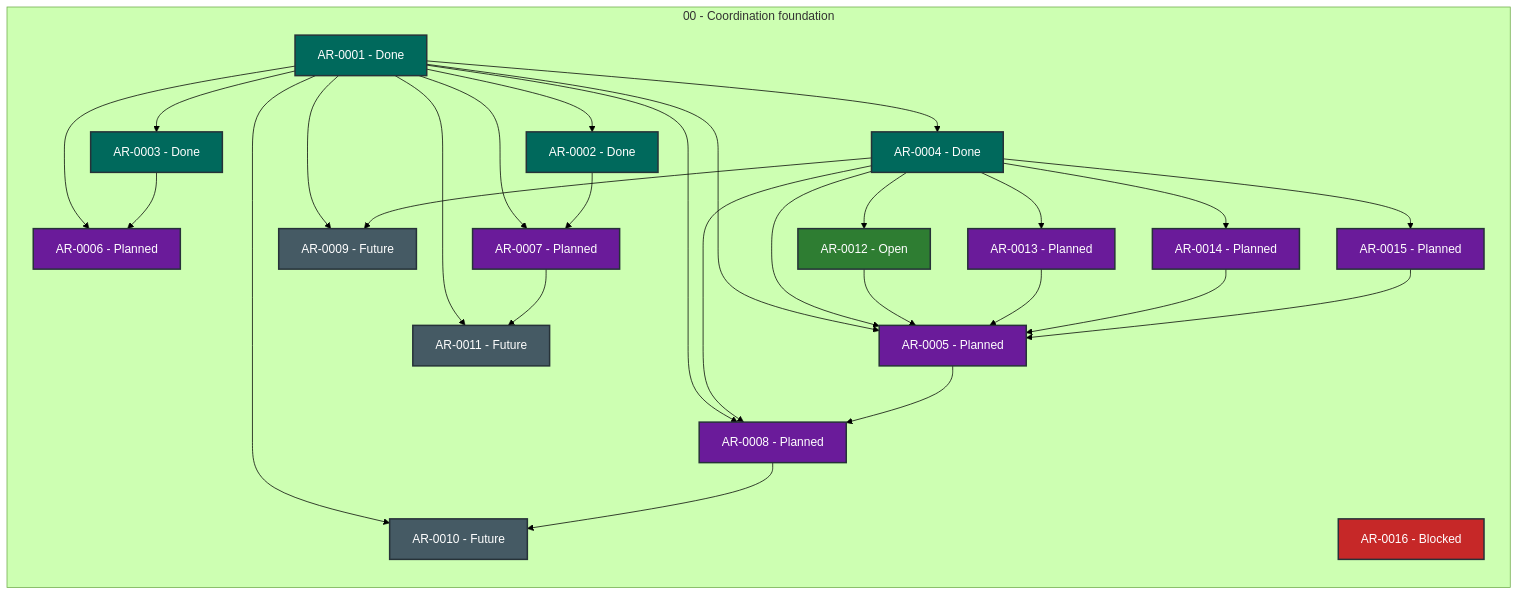
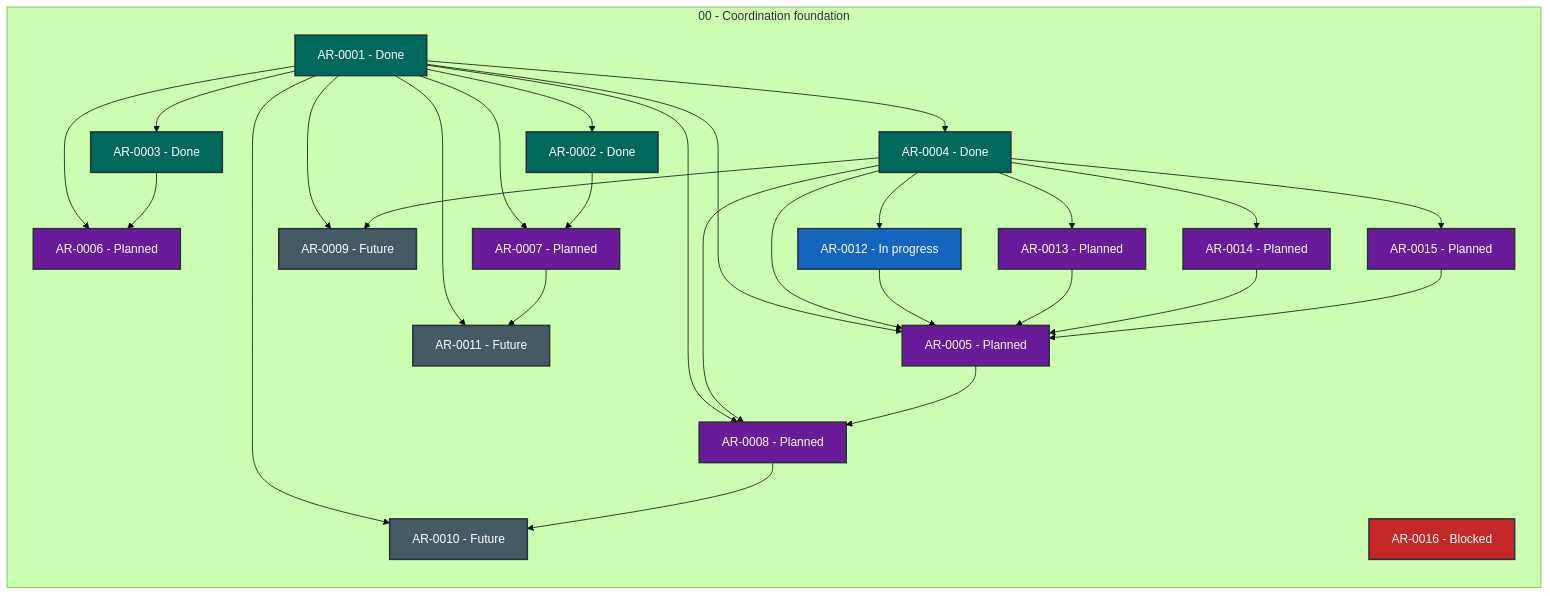
The diagram in STATUS.md (martin-beck/agent-workflow-quality-state), drawn with Mermaid (forest theme) before and after one commit. The commit also changed other lines of this file and 2 other files, not shown here.

````diff
--- a/STATUS.md
+++ b/STATUS.md
@@ -27,56 +27,56 @@
 ```mermaid
 flowchart LR
     subgraph series_00["00 - Coordination foundation"]
         direction TB
         AR_0001["AR-0001 - Done"]:::status_done
         AR_0002["AR-0002 - Done"]:::status_done
         AR_0003["AR-0003 - Done"]:::status_done
         AR_0004["AR-0004 - Done"]:::status_done
         AR_0005["AR-0005 - Planned"]:::status_planned
         AR_0006["AR-0006 - Planned"]:::status_planned
         AR_0007["AR-0007 - Planned"]:::status_planned
         AR_0008["AR-0008 - Planned"]:::status_planned
         AR_0009["AR-0009 - Future"]:::status_future
         AR_0010["AR-0010 - Future"]:::status_future
         AR_0011["AR-0011 - Future"]:::status_future
-        AR_0012["AR-0012 - Open"]:::status_open
+        AR_0012["AR-0012 - In progress"]:::status_in_progress
         AR_0013["AR-0013 - Planned"]:::status_planned
         AR_0014["AR-0014 - Planned"]:::status_planned
         AR_0015["AR-0015 - Planned"]:::status_planned
         AR_0016["AR-0016 - Blocked"]:::status_blocked
     end
     AR_0001 --> AR_0002
     AR_0001 --> AR_0003
     AR_0001 --> AR_0004
     AR_0001 --> AR_0005
     AR_0001 --> AR_0006
     AR_0001 --> AR_0007
     AR_0001 --> AR_0008
     AR_0001 --> AR_0009
     AR_0001 --> AR_0010
     AR_0001 --> AR_0011
     AR_0002 --> AR_0007
     AR_0003 --> AR_0006
     AR_0004 --> AR_0005
     AR_0004 --> AR_0008
     AR_0004 --> AR_0009
     AR_0004 --> AR_0012
     AR_0004 --> AR_0013
     AR_0004 --> AR_0014
     AR_0004 --> AR_0015
     AR_0005 --> AR_0008
     AR_0007 --> AR_0011
     AR_0008 --> AR_0010
     AR_0012 --> AR_0005
     AR_0013 --> AR_0005
     AR_0014 --> AR_0005
     AR_0015 --> AR_0005
     classDef status_in_progress fill:#1565c0,color:#ffffff,stroke:#263238,stroke-width:2px
     classDef status_open fill:#2e7d32,color:#ffffff,stroke:#263238,stroke-width:2px
     classDef status_blocked fill:#c62828,color:#ffffff,stroke:#263238,stroke-width:2px
     classDef status_planned fill:#6a1b9a,color:#ffffff,stroke:#263238,stroke-width:2px
     classDef status_future fill:#455a64,color:#ffffff,stroke:#263238,stroke-width:2px
     classDef status_done fill:#00695c,color:#ffffff,stroke:#263238,stroke-width:2px
     classDef status_cancelled fill:#616161,color:#ffffff,stroke:#263238,stroke-width:2px
     classDef status_superseded fill:#5d4037,color:#ffffff,stroke:#263238,stroke-width:2px
 ```
````
